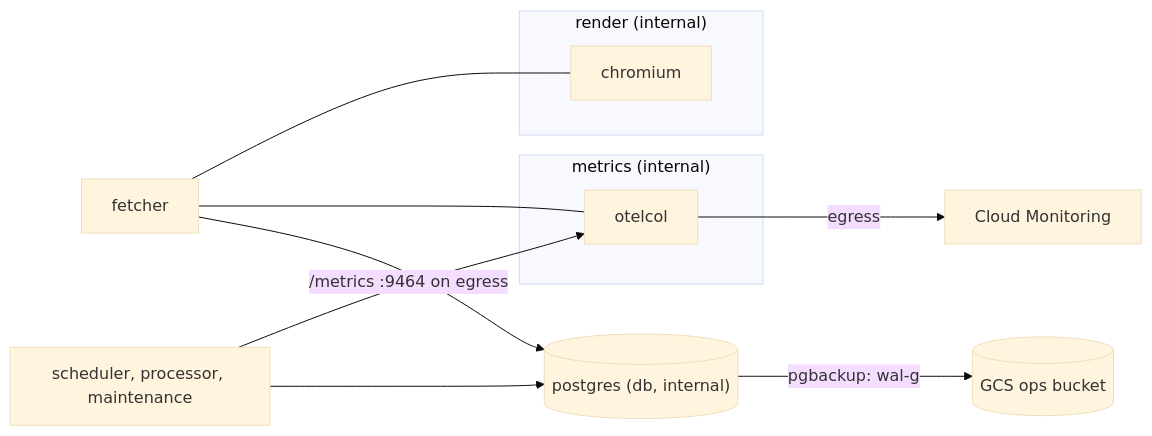
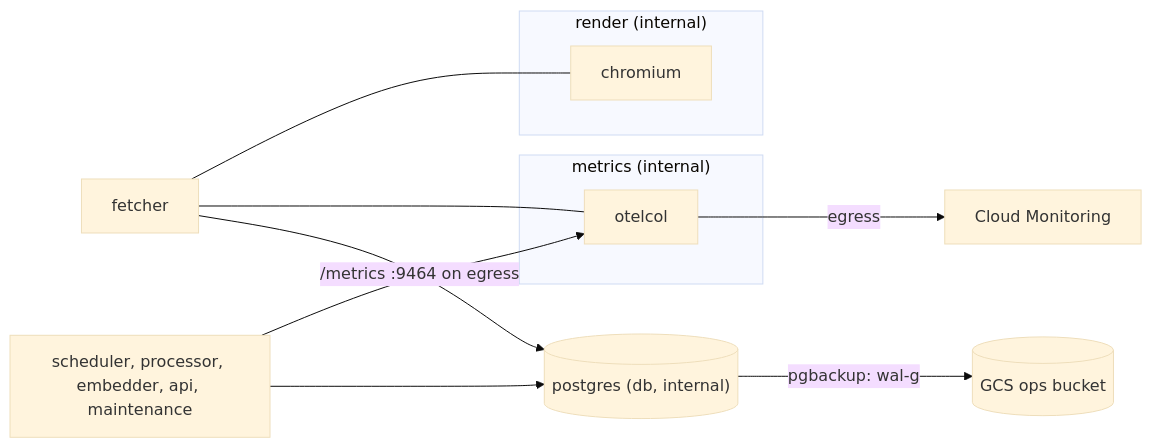
Before and after one commit to rupakc/travel-planner-crawler: the first of 2 diagrams in docs/wiki/Operations-and-Deploy.md, drawn with Mermaid (base theme). The commit also changed other lines of this file and 11 other files, not shown here.

First line of the commit message:
fix(vcrawl,deploy): embedder and api serve /metrics on :9464 and write heartbeats

````diff
--- a/docs/wiki/Operations-and-Deploy.md
+++ b/docs/wiki/Operations-and-Deploy.md
@@ -64,16 +64,16 @@
 ```mermaid
 flowchart LR
   subgraph render["render (internal)"]
     CHR["chromium"]
   end
   subgraph metrics["metrics (internal)"]
     OTEL["otelcol"]
   end
   FET["fetcher"] --- CHR
   FET --- OTEL
-  ROLES["scheduler, processor, maintenance"] -->|"/metrics :9464 on egress"| OTEL
+  ROLES["scheduler, processor, embedder, api, maintenance"] -->|"/metrics :9464 on egress"| OTEL
   FET --> DB[("postgres (db, internal)")]
   ROLES --> DB
   DB -->|"pgbackup: wal-g"| GCS[("GCS ops bucket")]
   OTEL -->|"egress"| CM["Cloud Monitoring"]
 ```
````
